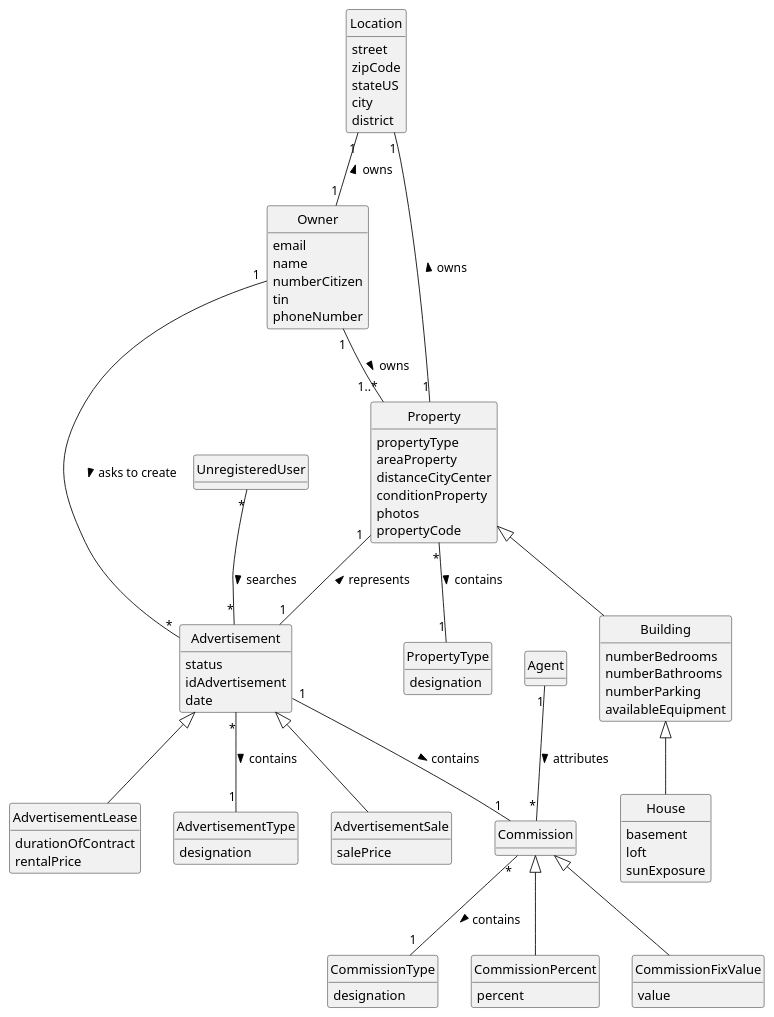
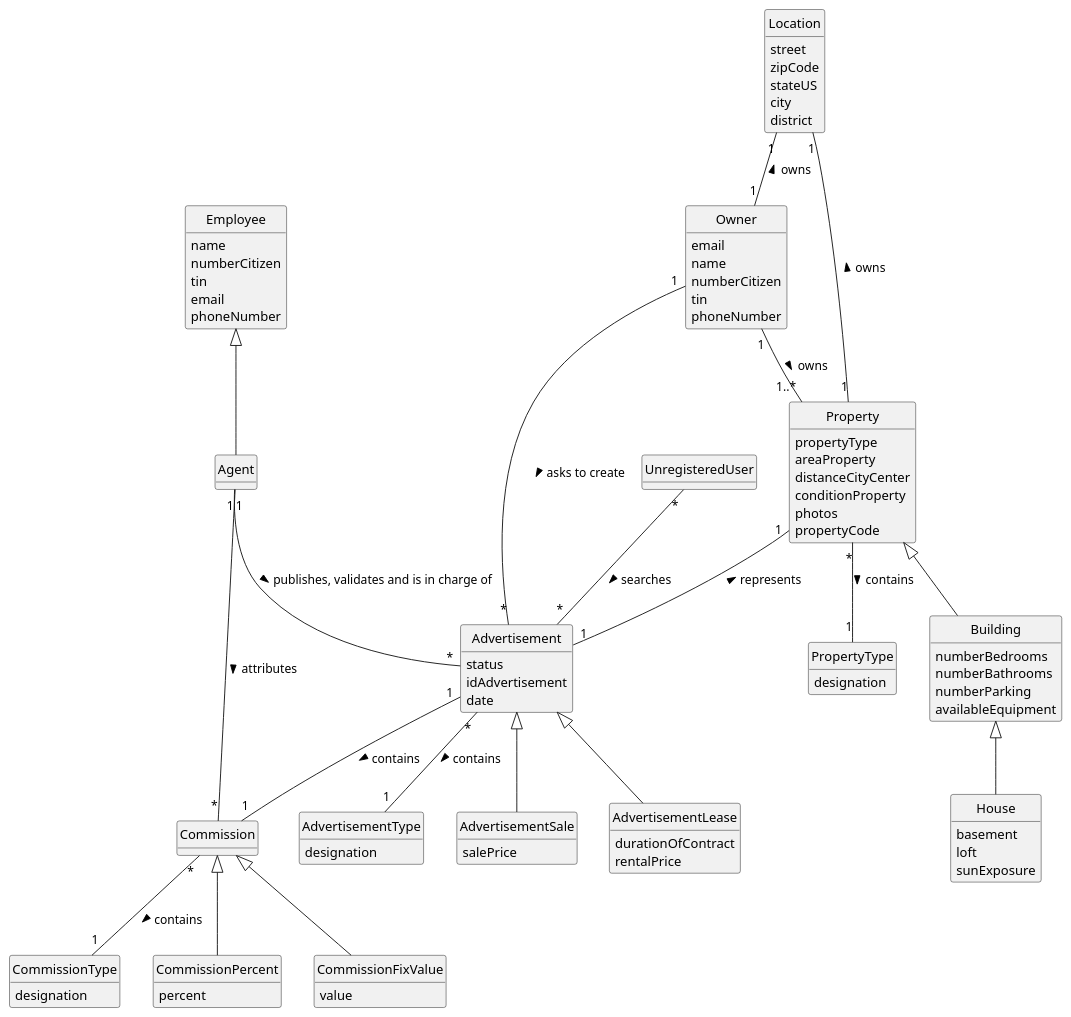
The diagram in docs/sprintA/us001/02.analysis/puml/us001-domain-model.puml (PEDROMOREIRA45/lei-23-s2-1dg-g31), drawn with PlantUML before and after one commit. The commit also changed 2 other files, not shown here.

```diff
--- a/docs/sprintA/us001/02.analysis/puml/us001-domain-model.puml
+++ b/docs/sprintA/us001/02.analysis/puml/us001-domain-model.puml
@@ -1,111 +1,120 @@
 @startuml
 skinparam monochrome true
 skinparam packageStyle rectangle
 skinparam shadowing false
 
 'left to right direction
 
 skinparam classAttributeIconSize 0
 
 hide circle
 hide methods
 
 class PropertyType{
     designation
 }
 
 class Property{
     propertyType
     areaProperty
     distanceCityCenter
     conditionProperty
     photos
     propertyCode
 }
 
 class UnregisteredUser
 
 class Owner {
     email
     name
     numberCitizen
     tin
     phoneNumber
 }
 
 
 class House {
     basement
     loft
     sunExposure
 }
 
 class Building{
     numberBedrooms
     numberBathrooms
     numberParking
     availableEquipment
 }
 
 class Advertisement {
     status
     idAdvertisement
     date
 }
 
 class Location{
     street
     zipCode
     stateUS
     city
     district
 }
 
 class AdvertisementSale {
     salePrice
 }
 
 class AdvertisementLease {
     durationOfContract
     rentalPrice
 
 }
 
 class AdvertisementType {
     designation
 }
 
 class Commission{
 
 }
 class CommissionType{
     designation
 }
 class CommissionPercent{
     percent
 }
 class CommissionFixValue{
     value
 }
 
+class Employee{
+    name
+    numberCitizen
+    tin
+    email
+    phoneNumber
+}
 
 
 UnregisteredUser "*" -- "*" Advertisement: searches >
 Owner "1"--"1..*" Property: owns >
 Property <|-- Building
 Property "*" -- "1" PropertyType: contains >
 Building <|-- House
 Property "1" -- "1" Advertisement: represents <
 Location "1" -- "1" Property: owns <
 Location "1" -- "1" Owner: owns <
 Owner "1" -- "*" Advertisement: asks to create >
 Advertisement <|-- AdvertisementSale
 Advertisement <|-- AdvertisementLease
 Advertisement "*" -- "1" AdvertisementType: contains >
 Commission <|-- CommissionFixValue
 Commission <|-- CommissionPercent
 Commission "*" -- "1" CommissionType: contains >
 Advertisement "1" -- "1" Commission: contains >
 Agent "1" -- "*" Commission: attributes >
+Agent "1" -- "*" Advertisement: publishes, validates and is in charge of >
+Employee <|-- Agent
 
 @enduml
```
